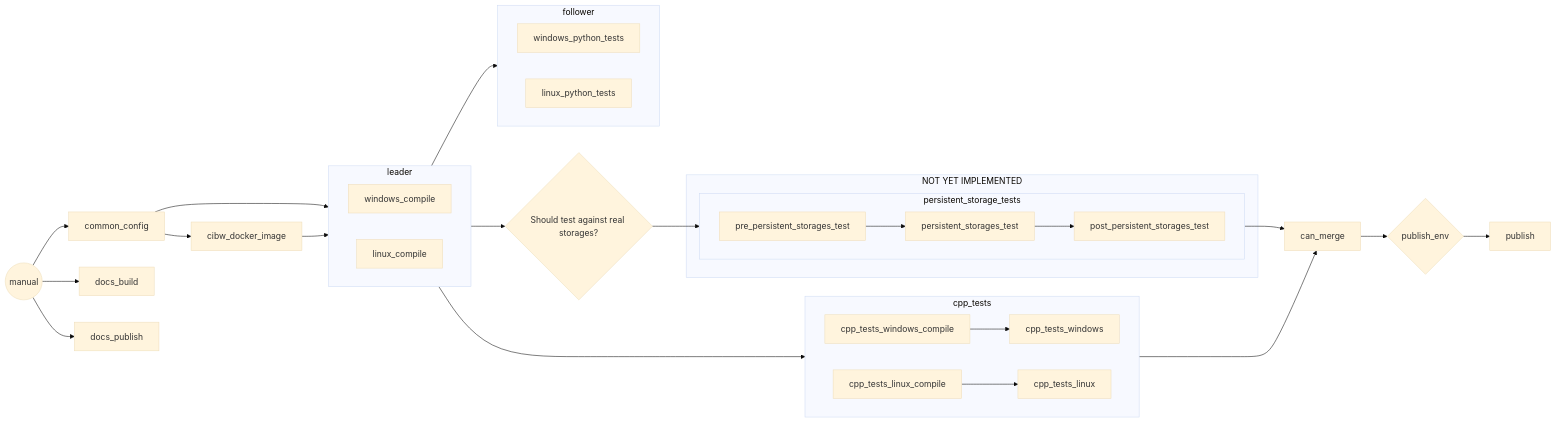
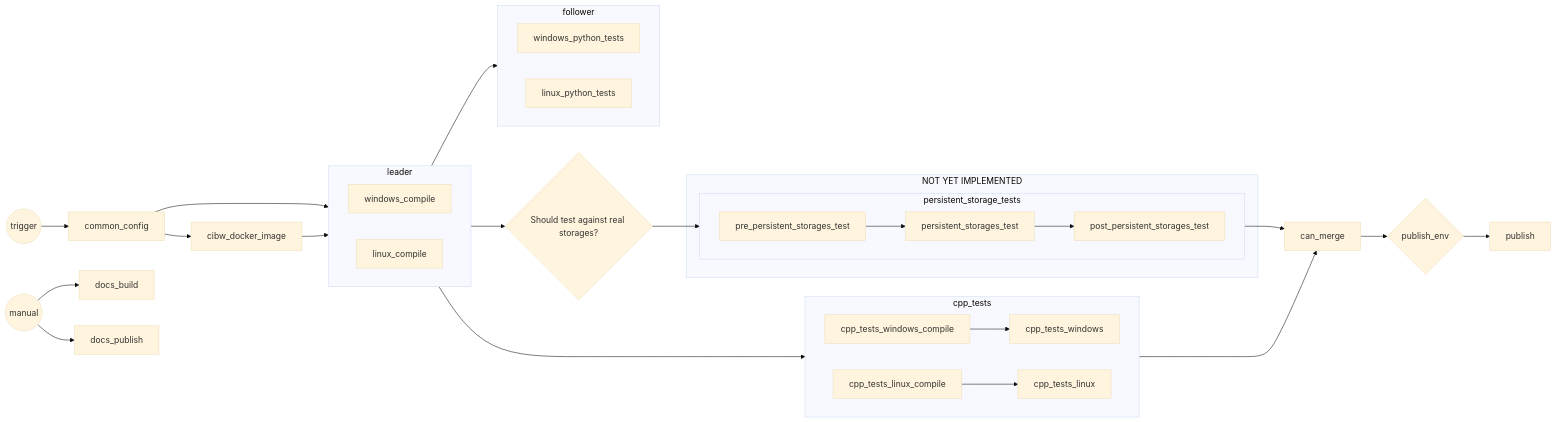
Before and after one commit to man-group/ArcticDB: the diagram in .github/workflows/README.md, drawn with Mermaid (base theme).

````diff
--- a/.github/workflows/README.md
+++ b/.github/workflows/README.md
@@ -19,39 +19,39 @@
 ``` mermaid
 ---
 Build Steps
 ---
 flowchart LR
     A((trigger)) --> common_config
     common_config --> cibw_docker_image
     common_config --> windows_compile
     cibw_docker_image --> linux_compile
     subgraph leader
         direction LR
         windows_compile
         linux_compile
     end
     subgraph follower
         direction LR
         windows_python_tests
         linux_python_tests
     end
     subgraph cpp_tests
         direction LR
         cpp_tests_windows_compile --> cpp_tests_windows
         cpp_tests_linux_compile --> cpp_tests_linux
     end
     subgraph NOT YET IMPLEMENTED
         subgraph persistent_storage_tests
             direction LR
             pre_persistent_storages_test --> persistent_storages_test
             persistent_storages_test --> post_persistent_storages_test
         end
     end
     leader --> follower
     leader --> cpp_tests
     leader --> persistent_storage{Should test against real storages?} --> persistent_storage_tests --> can_merge
     cpp_tests --> can_merge
     can_merge --> pub_check{publish_env} --> publish
-    A((manual)) --> docs_build
-    A((manual)) --> docs_publish
+    B((manual)) --> docs_build
+    B((manual)) --> docs_publish
 ```
````
